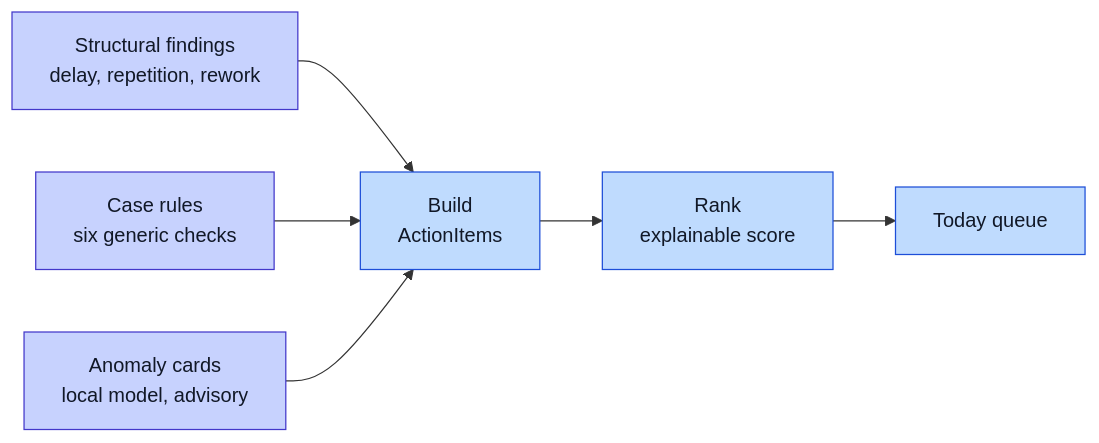
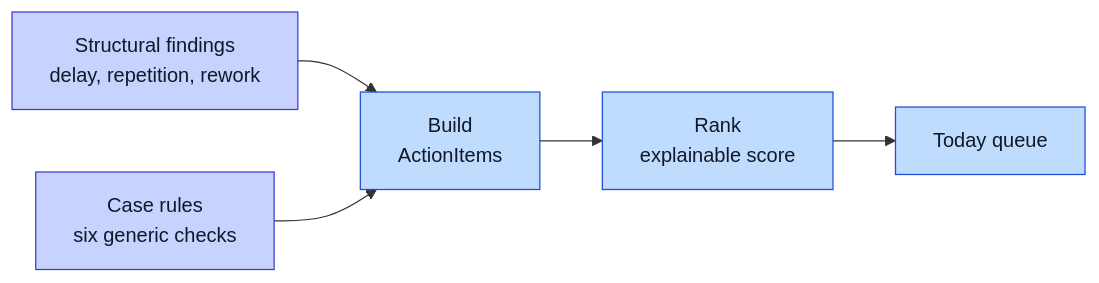
The first of 3 diagrams in wiki/Action-Layer.md (Emmett-M-Dev/bottleneck-ingest), drawn with Mermaid before and after one commit. The commit also changed other lines of this file and 16 other files, not shown here.

````diff
--- a/wiki/Action-Layer.md
+++ b/wiki/Action-Layer.md
@@ -11,13 +11,12 @@
 ```mermaid
 flowchart LR
     S["Structural findings<br/>delay, repetition, rework"] --> B["Build<br/>ActionItems"]
     C["Case rules<br/>six generic checks"] --> B
-    N["Anomaly cards<br/>local model, advisory"] --> B
     B --> R["Rank<br/>explainable score"]
     R --> Q["Today queue"]
 
     classDef core fill:#c7d2fe,stroke:#4338ca,color:#111827
     classDef act fill:#bfdbfe,stroke:#1d4ed8,color:#111827
-    class S,C,N core
+    class S,C core
     class B,R,Q act
 ```
````
